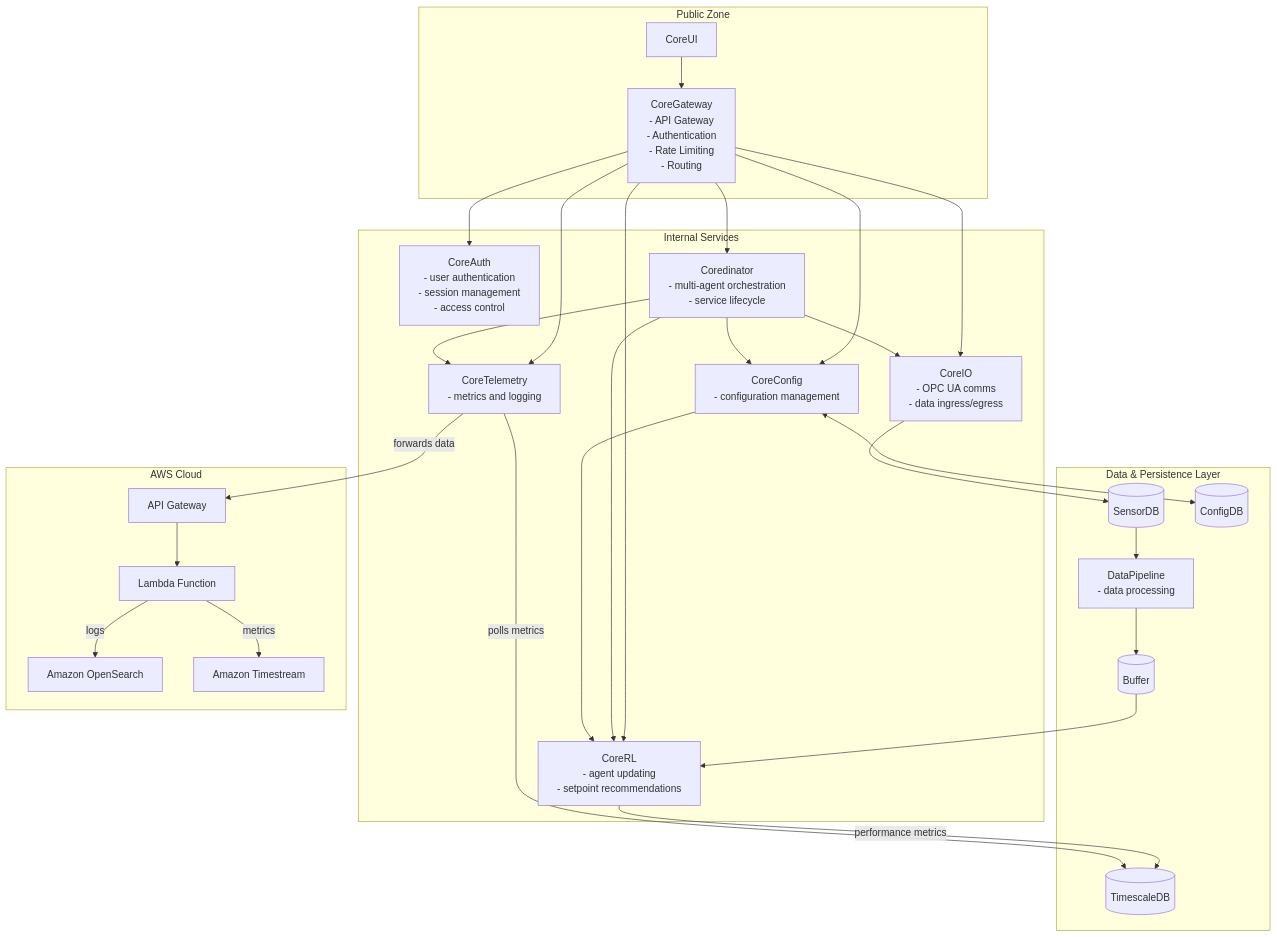
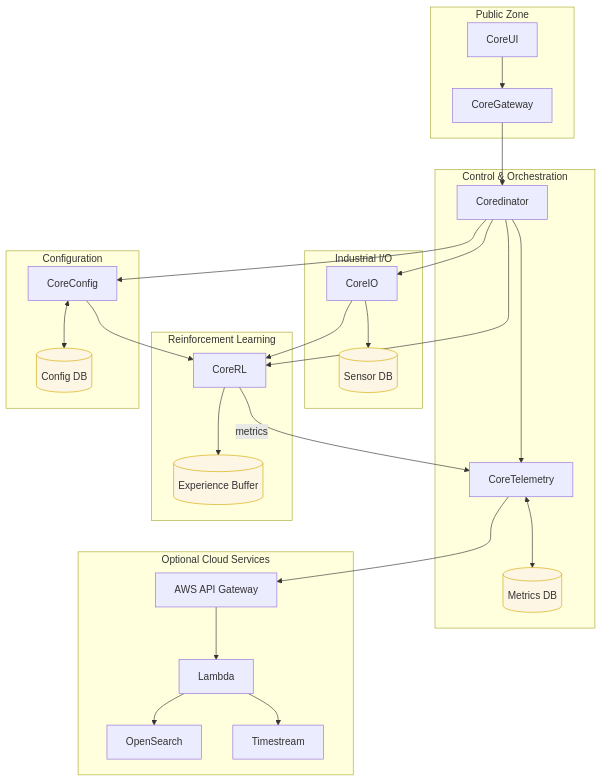
One commit to danilo-bangitjr-rlcore/cpp-ci-dev changed the diagram in docs/tech_spec.md. Above: the diagram before and after it, drawn with Mermaid. The commit also changed other lines of this file and 2 other files, not shown here.

Commit message:
docs(tech_spec): move protocol translation responsibility to coredinator

````diff
--- a/docs/tech_spec.md
+++ b/docs/tech_spec.md
@@ -44,60 +58,62 @@
 ```mermaid
-graph TD
-    subgraph "Public Zone"
+flowchart TD
+    %% Architecture update: CoreGateway only proxies to Coredinator; Coredinator performs internal routing & agent instance mapping
+    subgraph Public[Public Zone]
         CoreUI[CoreUI]
-        CoreGateway["CoreGateway<br/>- API Gateway<br/>- Authentication<br/>- Rate Limiting<br/>- Routing"]
+        CoreGateway["CoreGateway"]
     end
 
-    subgraph "Internal Services"
-        CoreAuth["CoreAuth<br/> - user authentication<br/> - session management<br/> - access control"]
-        Coredinator["Coredinator<br/> - multi-agent orchestration<br/> - service lifecycle"]
-        CoreIO["CoreIO<br/> - OPC UA comms<br/> - data ingress/egress"]
-        CoreRL["CoreRL<br/> - agent updating<br/> - setpoint recommendations"]
-        CoreConfig["CoreConfig<br/> - configuration management"]
-        CoreTelemetry["CoreTelemetry<br/> - metrics and logging"]
+    subgraph Control[Control & Orchestration]
+        Coredinator["Coredinator"]
+        CoreTelemetry[CoreTelemetry]
+        TSDB[(Metrics DB)]
+        CoreTelemetry <--> TSDB
     end
 
-    subgraph "Data & Persistence Layer"
-        SensorDB[(SensorDB)]
-        Buffer[(Buffer)]
-        TSDB[(TimescaleDB)]
-        ConfigDB[(ConfigDB)]
-        DataPipeline["DataPipeline<br/> - data processing"]
+    subgraph IO[Industrial I/O]
+        CoreIO["CoreIO"]
+        SensorDB[(Sensor DB)]
+        CoreIO --> SensorDB
     end
 
-    subgraph "AWS Cloud"
-        ApiGateway[API Gateway]
-        Lambda[Lambda Function]
-        OpenSearch[Amazon OpenSearch]
-        Timestream[Amazon Timestream]
+    subgraph RL[Reinforcement Learning]
+        CoreRL["CoreRL"]
+        Buffer[(Experience Buffer)]
+        CoreRL --> Buffer
     end
 
-    %% Connections
-    CoreUI --> CoreGateway
+    subgraph Config[Configuration]
+        CoreConfig["CoreConfig"]
+        ConfigDB[(Config DB)]
+        CoreConfig <--> ConfigDB
+    end
 
-    CoreGateway --> CoreAuth
-    CoreGateway --> Coredinator
-    CoreGateway --> CoreIO
-    CoreGateway --> CoreRL
-    CoreGateway --> CoreConfig
-    CoreGateway --> CoreTelemetry
+    %% Ingress flow (single choke point)
+    CoreUI --> CoreGateway --> Coredinator
 
+    %% Internal dispatch (all via Coredinator)
     Coredinator --> CoreIO
     Coredinator --> CoreRL
     Coredinator --> CoreConfig
     Coredinator --> CoreTelemetry
 
-    CoreIO --> SensorDB
-    SensorDB --> DataPipeline
-    DataPipeline --> Buffer
-    Buffer --> CoreRL
-    CoreConfig <--> ConfigDB
+    CoreIO --> CoreRL
     CoreConfig --> CoreRL
-    CoreRL -- "performance metrics" --> TSDB
+    CoreRL -- metrics --> CoreTelemetry
 
-    CoreTelemetry -- "polls metrics" --> TSDB
-    CoreTelemetry -- "forwards data" --> ApiGateway
+    %% Optional Cloud Interfaces
+    subgraph Cloud[Optional Cloud Services]
+        ApiGateway[AWS API Gateway]
+        Lambda[Lambda]
+        OpenSearch[OpenSearch]
+        Timestream[Timestream]
+    end
+
+    CoreTelemetry --> ApiGateway
     ApiGateway --> Lambda
-    Lambda -- "logs" --> OpenSearch
-    Lambda -- "metrics" --> Timestream
+    Lambda --> OpenSearch
+    Lambda --> Timestream
+
+    classDef db fill:#fef6e4,stroke:#d4aa00,stroke-width:1px;
+    class SensorDB,Buffer,ConfigDB,TSDB db;
 ```
````
